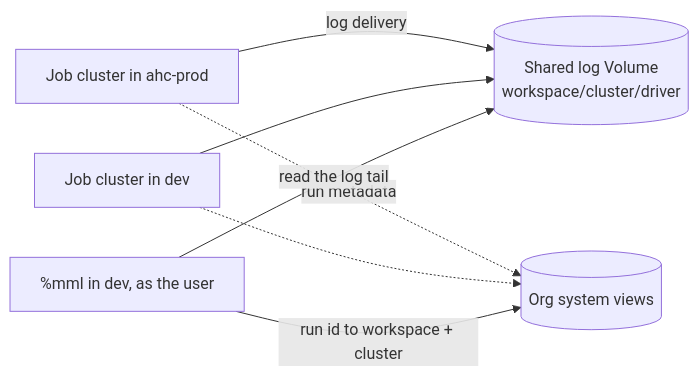
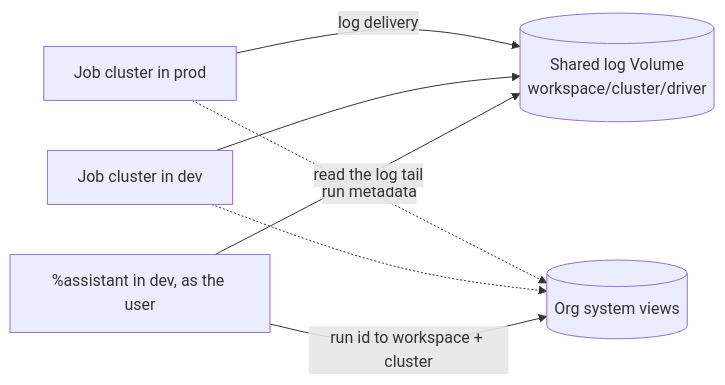
The eighth of 11 diagrams in src/content/blog/an-assistant-on-top-of-the-platform.md (MihirUpasani/MihirUpasani.github.io), drawn with Mermaid before and after one commit. The commit also changed other lines of this file, not shown here.

````diff
--- a/src/content/blog/an-assistant-on-top-of-the-platform.md
+++ b/src/content/blog/an-assistant-on-top-of-the-platform.md
@@ -223,9 +223,9 @@
 ```mermaid
 flowchart LR
-    C1["Job cluster in ahc-prod"] -->|"log delivery"| Vol[("Shared log Volume<br/>workspace/cluster/driver")]
+    C1["Job cluster in prod"] -->|"log delivery"| Vol[("Shared log Volume<br/>workspace/cluster/driver")]
     C2["Job cluster in dev"] --> Vol
     C1 -.->|"run metadata"| SV[("Org system views")]
     C2 -.-> SV
-    Ask["%mml in dev, as the user"] -->|"run id to workspace + cluster"| SV
+    Ask["%assistant in dev, as the user"] -->|"run id to workspace + cluster"| SV
     Ask -->|"read the log tail"| Vol
 ```
````
